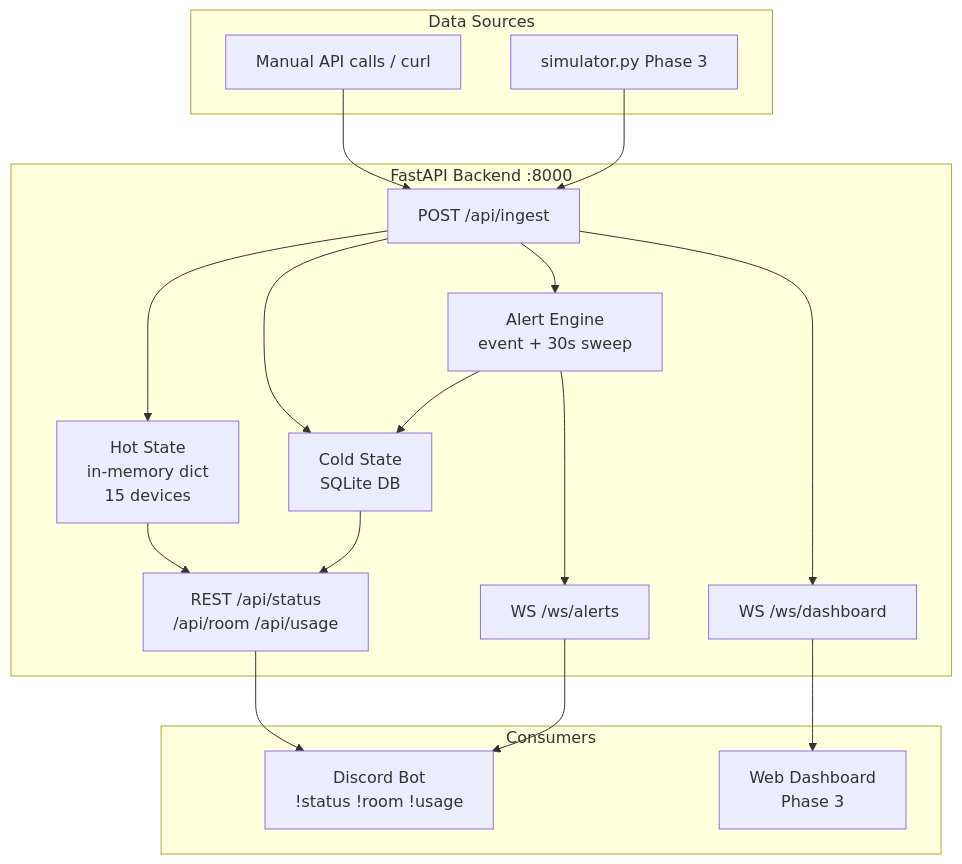
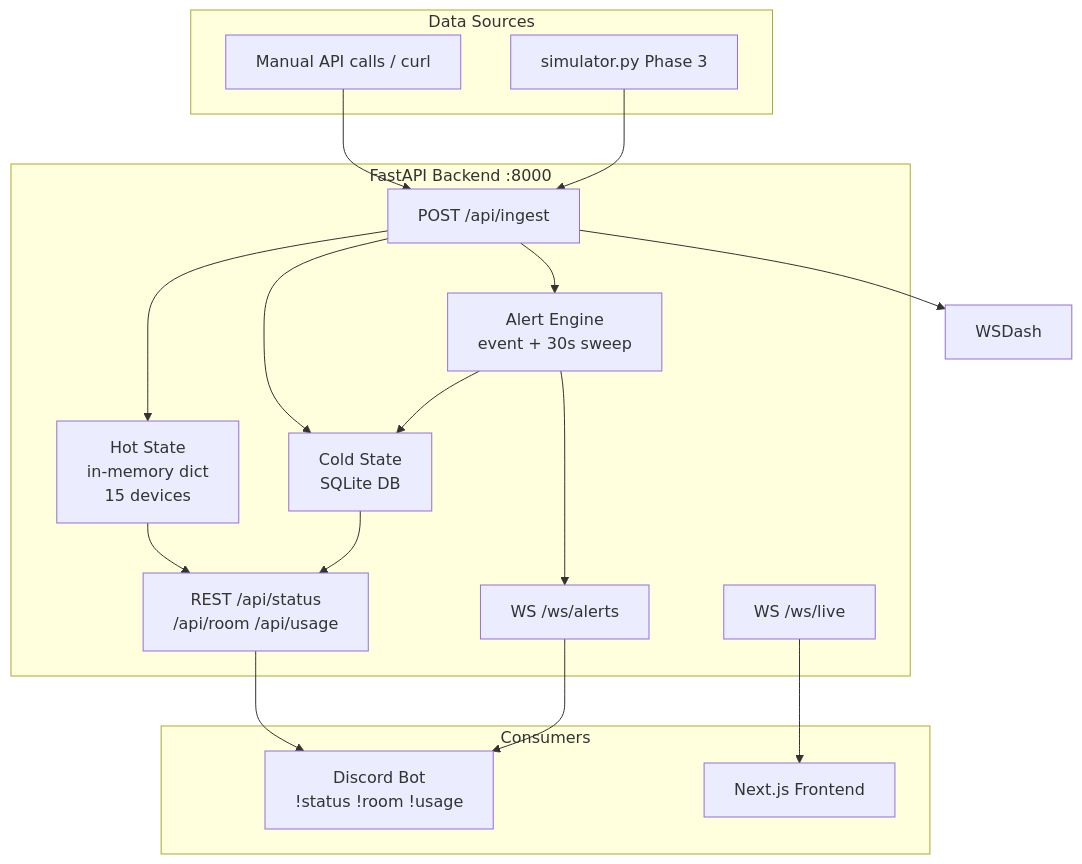
The first of 4 diagrams in doc/SYSTEM_GUIDE.md (naeemsadik/IUT_Techathon_Preli), drawn with Mermaid before and after one commit. The commit also changed other lines of this file and 33 other files, not shown here.

````diff
--- a/doc/SYSTEM_GUIDE.md
+++ b/doc/SYSTEM_GUIDE.md
@@ -22,36 +22,36 @@
 ```mermaid
 flowchart TB
     subgraph sources [Data Sources]
         ManualAPI["Manual API calls / curl"]
         Simulator["simulator.py Phase 3"]
     end
 
     subgraph backend [FastAPI Backend :8000]
         Ingest["POST /api/ingest"]
         HotState["Hot State\nin-memory dict\n15 devices"]
         SQLite["Cold State\nSQLite DB"]
         AlertEngine["Alert Engine\nevent + 30s sweep"]
         REST["REST /api/status\n/api/room /api/usage"]
         WSAlerts["WS /ws/alerts"]
-        WSDash["WS /ws/dashboard"]
+        WSLive["WS /ws/live"]
     end
 
     subgraph consumers [Consumers]
         DiscordBot["Discord Bot\n!status !room !usage"]
-        Dashboard["Web Dashboard\nPhase 3"]
+        Frontend["Next.js Frontend"]
     end
 
     ManualAPI --> Ingest
     Simulator --> Ingest
     Ingest --> HotState
     Ingest --> SQLite
     Ingest --> AlertEngine
     AlertEngine --> SQLite
     AlertEngine --> WSAlerts
     HotState --> REST
     SQLite --> REST
     Ingest --> WSDash
     REST --> DiscordBot
     WSAlerts --> DiscordBot
-    WSDash --> Dashboard
+    WSLive --> Frontend
 ```
````
